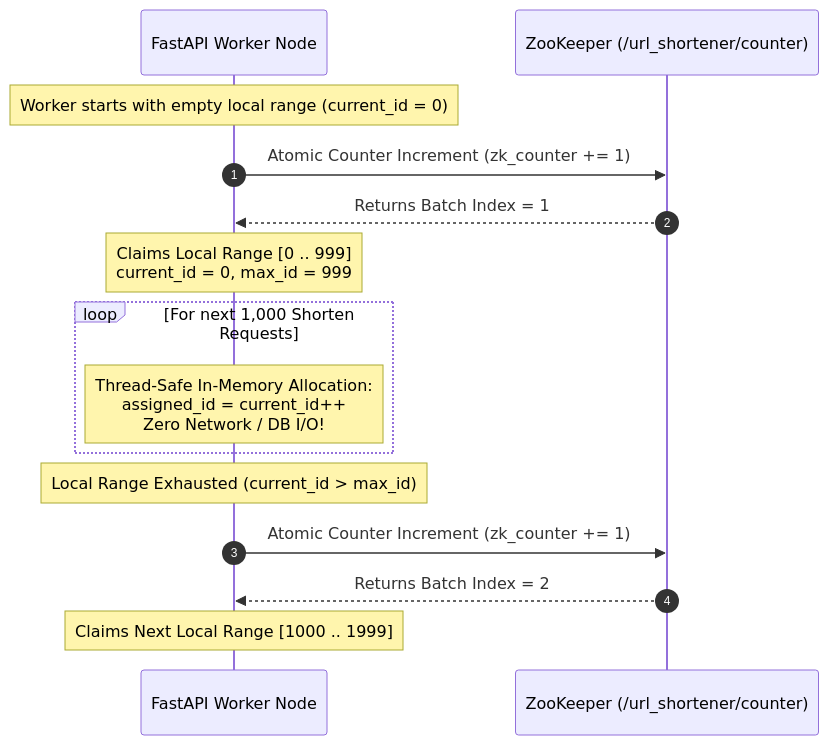
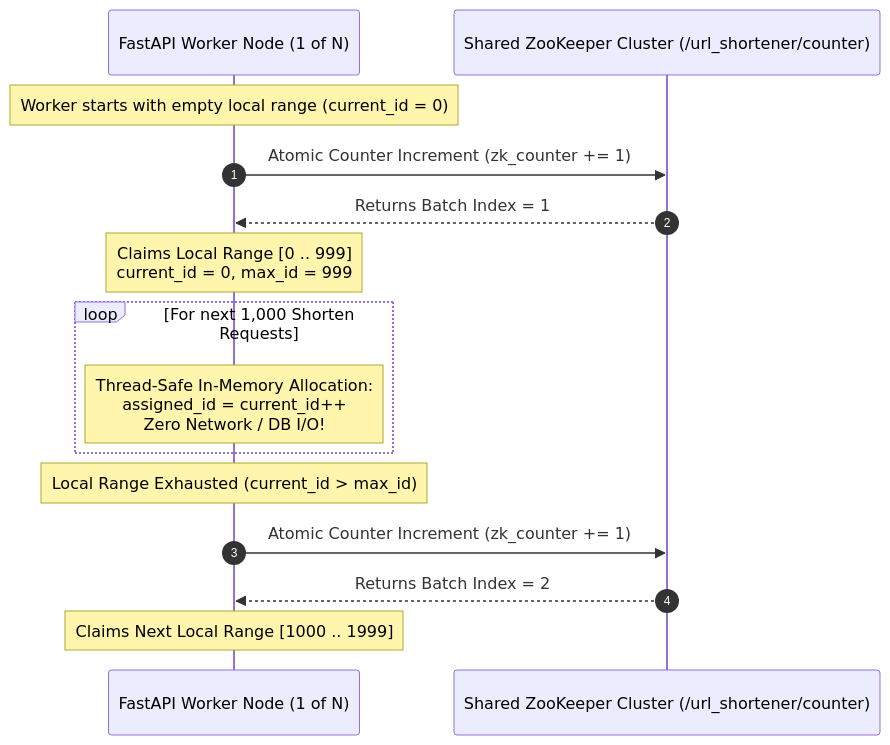
One commit to AnuragPandey01/System-Design-URL-Shortener changed the second of 4 diagrams in README.md. Above: the diagram before and after it, drawn with Mermaid. The commit also changed other lines of this file, not shown here.

````diff
--- a/README.md
+++ b/README.md
@@ -77,20 +86,20 @@
 ```mermaid
 sequenceDiagram
     autonumber
-    participant App as FastAPI Worker Node
-    participant ZK as ZooKeeper (/url_shortener/counter)
+    participant App as FastAPI Worker Node (1 of N)
+    participant ZK as Shared ZooKeeper Cluster (/url_shortener/counter)
     
     Note over App: Worker starts with empty local range (current_id = 0)
     App->>ZK: Atomic Counter Increment (zk_counter += 1)
     ZK-->>App: Returns Batch Index = 1
     Note over App: Claims Local Range [0 .. 999]<br/>current_id = 0, max_id = 999
     
     loop For next 1,000 Shorten Requests
         Note over App: Thread-Safe In-Memory Allocation:<br/>assigned_id = current_id++<br/>Zero Network / DB I/O!
     end
     
     Note over App: Local Range Exhausted (current_id > max_id)
     App->>ZK: Atomic Counter Increment (zk_counter += 1)
     ZK-->>App: Returns Batch Index = 2
     Note over App: Claims Next Local Range [1000 .. 1999]
 ```
````
